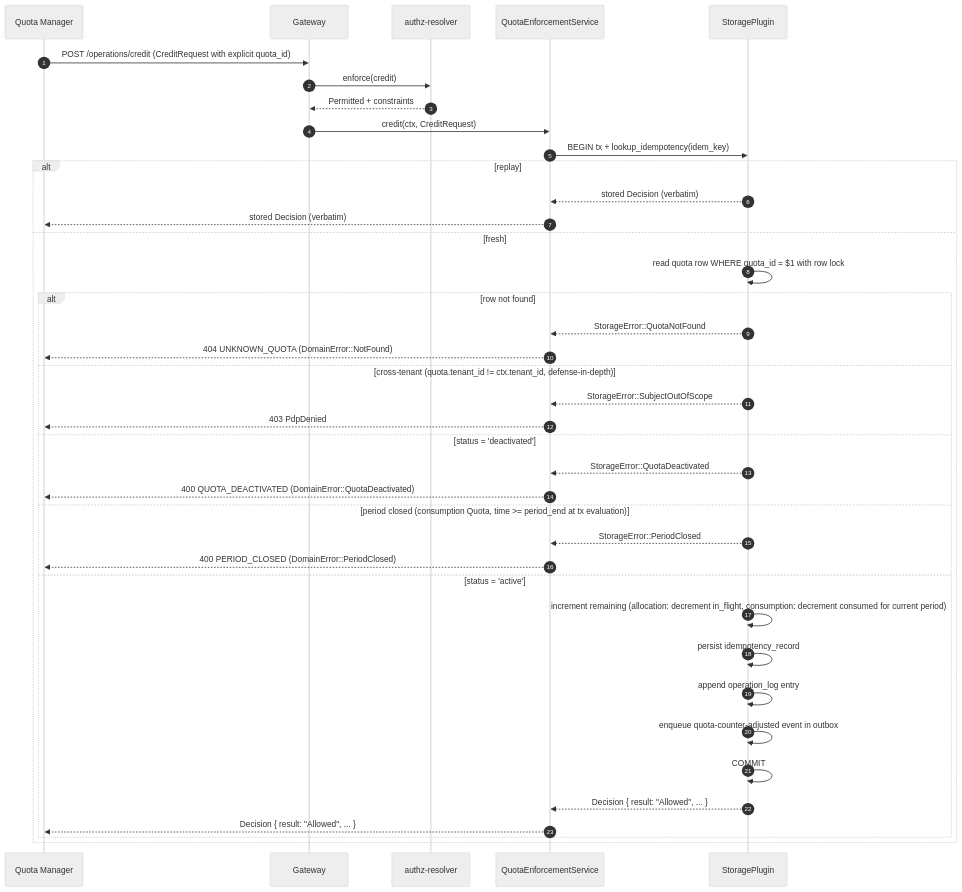
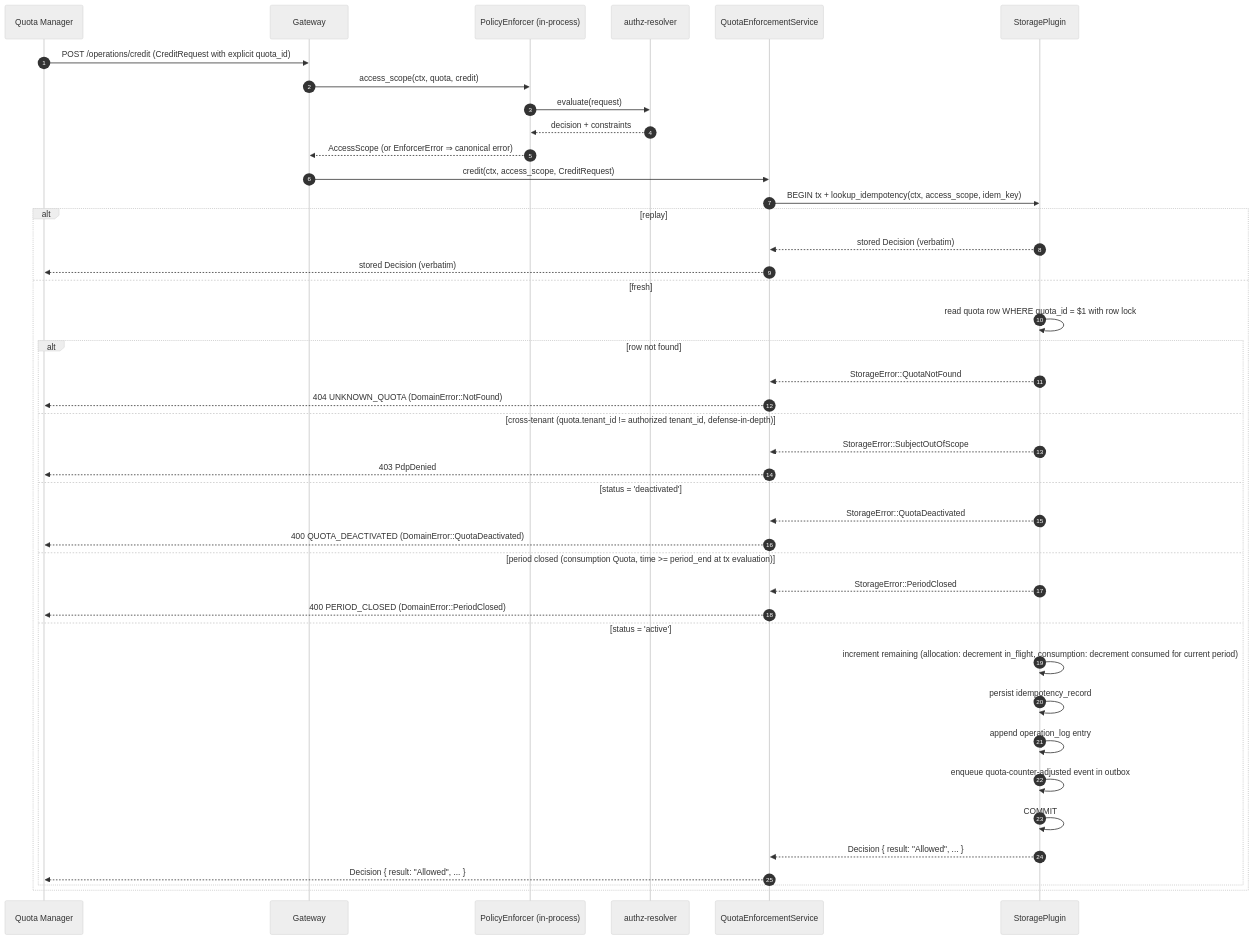
Before and after one commit to constructorfabric/gears-rust: the fifth of 17 diagrams in gears/system/quota-enforcement/docs/DESIGN.md, drawn with Mermaid (neutral theme). The commit also changed other lines of this file and 29 other files, not shown here.

First line of the commit message:
docs(quota-enforcement): feature docs, S2S attribution model, and contract schemas

````diff
--- a/gears/system/quota-enforcement/docs/DESIGN.md
+++ b/gears/system/quota-enforcement/docs/DESIGN.md
@@ -1459,42 +1491,45 @@
 ```mermaid
 sequenceDiagram
     autonumber
     participant QM as Quota Manager
     participant GW as Gateway
+    participant PEP as PolicyEnforcer (in-process)
     participant PDP as authz-resolver
     participant QES as QuotaEnforcementService
     participant SP as StoragePlugin
 
     QM ->> GW: POST /operations/credit (CreditRequest with explicit quota_id)
-    GW ->> PDP: enforce(credit)
-    PDP -->> GW: Permitted + constraints
-    GW ->> QES: credit(ctx, CreditRequest)
-    QES ->> SP: BEGIN tx + lookup_idempotency(idem_key)
+    GW ->> PEP: access_scope(ctx, quota, credit)
+    PEP ->> PDP: evaluate(request)
+    PDP -->> PEP: decision + constraints
+    PEP -->> GW: AccessScope (or EnforcerError ⇒ canonical error)
+    GW ->> QES: credit(ctx, access_scope, CreditRequest)
+    QES ->> SP: BEGIN tx + lookup_idempotency(ctx, access_scope, idem_key)
     alt replay
         SP -->> QES: stored Decision (verbatim)
         QES -->> QM: stored Decision (verbatim)
     else fresh
         SP ->> SP: read quota row WHERE quota_id = $1 with row lock
         alt row not found
             SP -->> QES: StorageError::QuotaNotFound
             QES -->> QM: 404 UNKNOWN_QUOTA (DomainError::NotFound)
-        else cross-tenant (quota.tenant_id != ctx.tenant_id, defense-in-depth)
+        else cross-tenant (quota.tenant_id != authorized tenant_id, defense-in-depth)
             SP -->> QES: StorageError::SubjectOutOfScope
             QES -->> QM: 403 PdpDenied
         else status = 'deactivated'
             SP -->> QES: StorageError::QuotaDeactivated
             QES -->> QM: 400 QUOTA_DEACTIVATED (DomainError::QuotaDeactivated)
         else period closed (consumption Quota, time >= period_end at tx evaluation)
             SP -->> QES: StorageError::PeriodClosed
             QES -->> QM: 400 PERIOD_CLOSED (DomainError::PeriodClosed)
         else status = 'active'
             SP ->> SP: increment remaining (allocation: decrement in_flight, consumption: decrement consumed for current period)
             SP ->> SP: persist idempotency_record
             SP ->> SP: append operation_log entry
             SP ->> SP: enqueue quota-counter-adjusted event in outbox
             SP ->> SP: COMMIT
             SP -->> QES: Decision { result: "Allowed", ... }
             QES -->> QM: Decision { result: "Allowed", ... }
         end
     end
 ```
````
